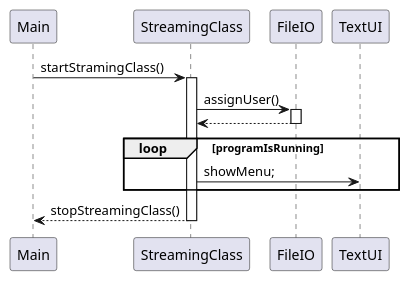
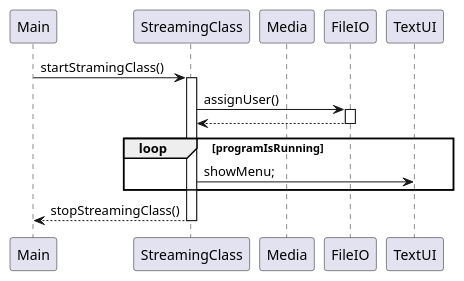
One commit to Studiegruppe-B/SP3-Streamingtjeneste changed the diagram in doc/model/dynamic/sekvensDiagram.puml. Above: the diagram before and after it, drawn with PlantUML.

```diff
--- a/doc/model/dynamic/sekvensDiagram.puml
+++ b/doc/model/dynamic/sekvensDiagram.puml
@@ -1,21 +1,23 @@
 @startuml
 participant Main
 participant StreamingClass
+participant Media
 participant FileIO
 participant TextUI
 
 Main -> StreamingClass : startStramingClass()
 activate StreamingClass
 
 StreamingClass -> FileIO : assignUser()
 activate FileIO
 FileIO --> StreamingClass
 deactivate FileIO
 
+
 loop programIsRunning
     StreamingClass -> TextUI : showMenu;
     end
 
 StreamingClass --> Main : stopStreamingClass()
 deactivate StreamingClass
 @enduml
```
